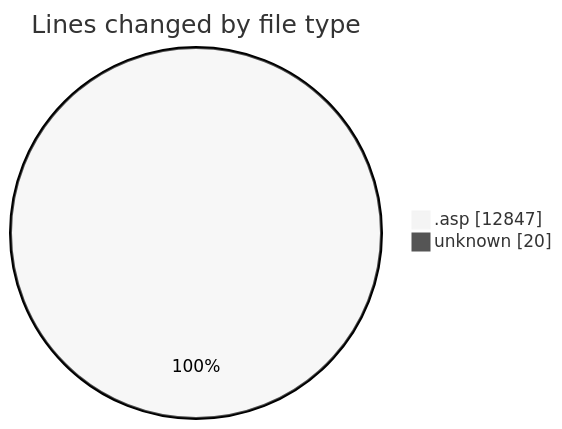
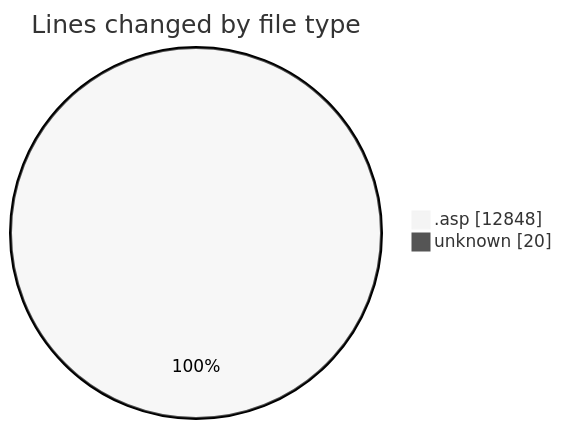
Before and after one commit to julien-gomy/code-tracking: the first of 2 diagrams in 2025-10-27/cdp_aleoudev_fr__workspace_/README.md, drawn with Mermaid (neutral theme). The commit also changed other lines of this file and 1 other file, not shown here.

````diff
--- a/2025-10-27/cdp_aleoudev_fr__workspace_/README.md
+++ b/2025-10-27/cdp_aleoudev_fr__workspace_/README.md
@@ -33,6 +33,6 @@
 ```mermaid
 pie showData
 title Lines changed by file type
-".asp" : 12847
+".asp" : 12848
 "unknown" : 20
 ```
````
